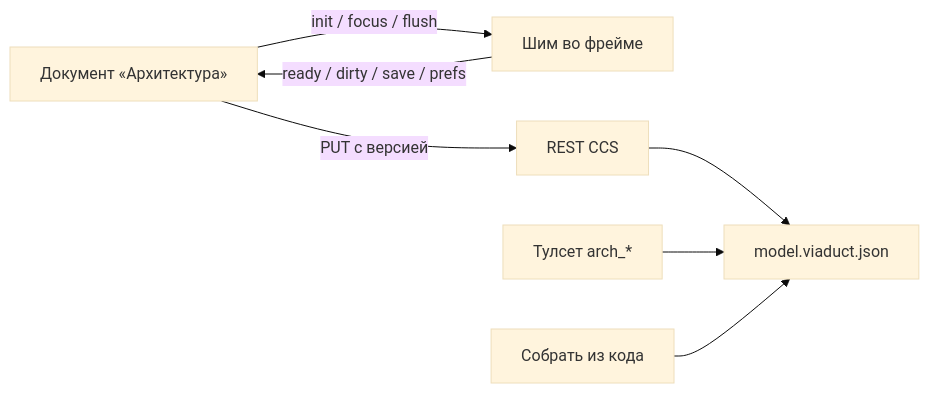
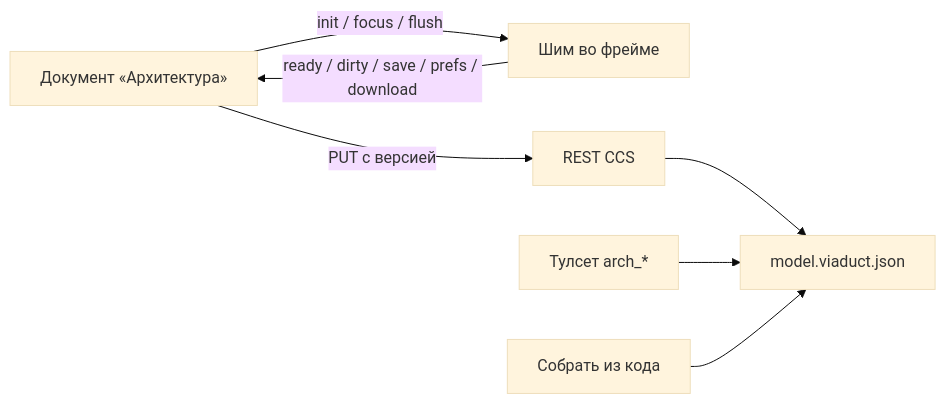
The diagram in docs/features/architecture-section.md (naychenko2/ClaudeCodeServer), drawn with Mermaid (base theme) before and after one commit. The commit also changed other lines of this file, not shown here.

First line of the commit message:
docs(architecture): экспорт схемы в SVG/PNG и сообщение download моста

````diff
--- a/docs/features/architecture-section.md
+++ b/docs/features/architecture-section.md
@@ -43,9 +43,9 @@
 ```mermaid
 flowchart LR
   Doc["Документ «Архитектура»"] -- "init / focus / flush" --> Shim["Шим во фрейме"]
-  Shim -- "ready / dirty / save / prefs" --> Doc
+  Shim -- "ready / dirty / save / prefs / download" --> Doc
   Doc -- "PUT с версией" --> API["REST CCS"]
   API --> File["model.viaduct.json"]
   MCP["Тулсет arch_*"] --> File
   Gen["Собрать из кода"] --> File
 ```
````
